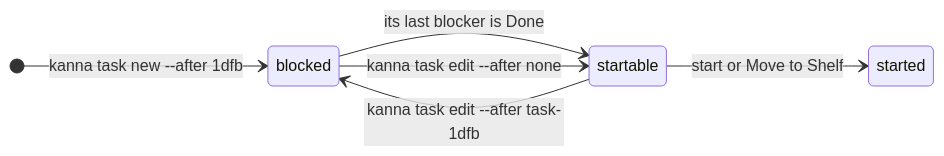
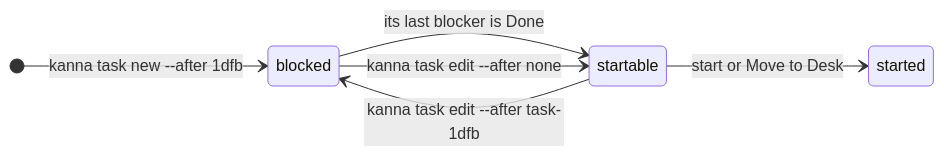
Before and after one commit to tampopogk/kanna: the first of 2 diagrams in docs/specs/task-dependencies.md, drawn with Mermaid. The commit also changed other lines of this file and 51 other files, not shown here.

Commit message:
Specs: Desk and Shelf, the Desk view, pick, shelve, activate, park; backlog-runners → shelf-runners, backlog-search → shelf-search, shelve-latency → move-to-desk-latency

````diff
--- a/docs/specs/task-dependencies.md
+++ b/docs/specs/task-dependencies.md
@@ -11,9 +11,9 @@
 ```mermaid
 stateDiagram-v2
     direction LR
     [*] --> blocked: kanna task new --after 1dfb
     blocked --> startable: its last blocker is Done
     startable --> blocked: kanna task edit --after task-1dfb
     blocked --> startable: kanna task edit --after none
-    startable --> started: start or Move to Shelf
+    startable --> started: start or Move to Desk
 ```
````
